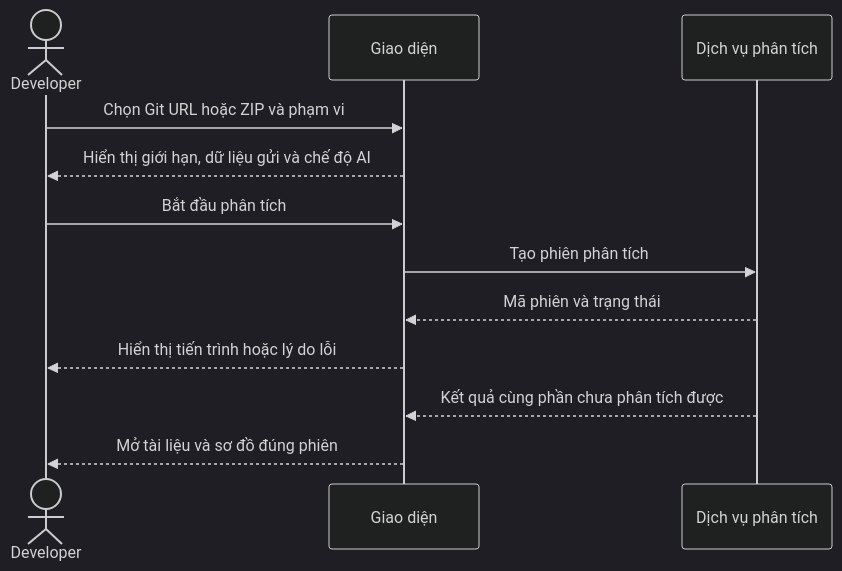
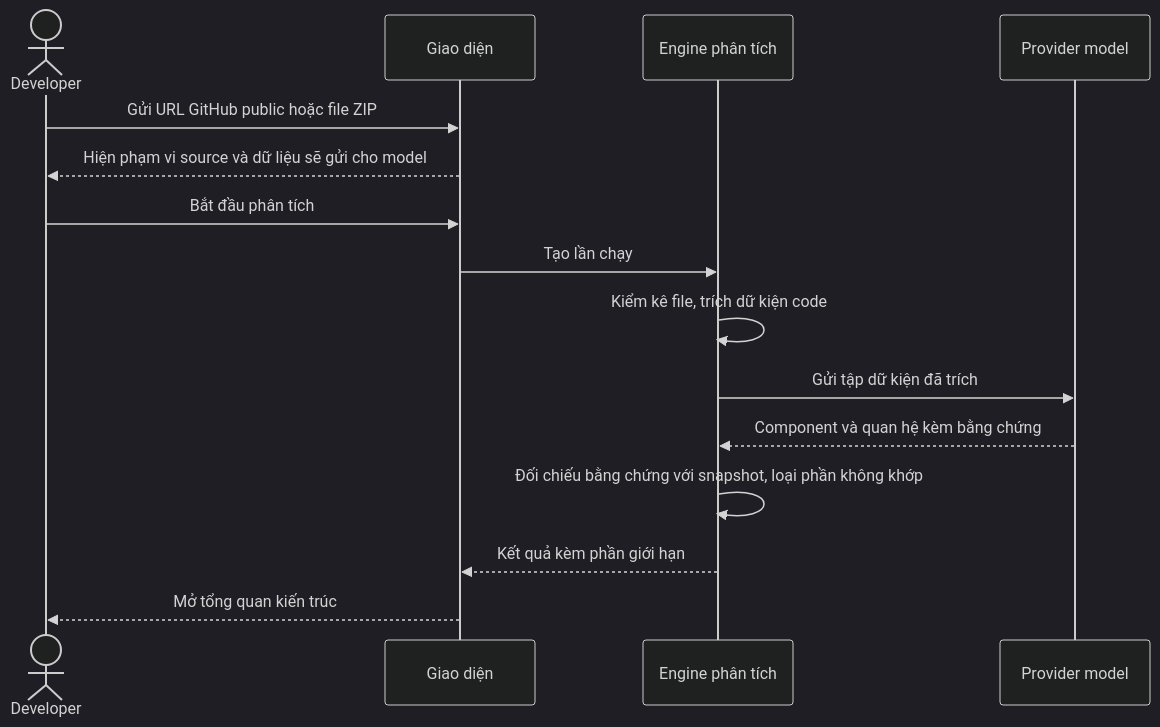
Before and after one commit to nchoang1004/l3-generator-fr029: the first of 3 diagrams in .aide/product/prd/PRD-L3GEN-2609-001.md, drawn with Mermaid (dark theme). The commit also changed other lines of this file, not shown here.

First line of the commit message:
prd: viết lại mục I đến IX cho revision 24

````diff
--- a/.aide/product/prd/PRD-L3GEN-2609-001.md
+++ b/.aide/product/prd/PRD-L3GEN-2609-001.md
@@ -317,14 +258,17 @@
 ```mermaid
 sequenceDiagram
     actor User as Developer
     participant Web as Giao diện
-    participant Tool as Dịch vụ phân tích
-    User->>Web: Chọn Git URL hoặc ZIP và phạm vi
-    Web-->>User: Hiển thị giới hạn, dữ liệu gửi và chế độ AI
+    participant Engine as Engine phân tích
+    participant Model as Provider model
+    User->>Web: Gửi URL GitHub public hoặc file ZIP
+    Web-->>User: Hiện phạm vi source và dữ liệu sẽ gửi cho model
     User->>Web: Bắt đầu phân tích
-    Web->>Tool: Tạo phiên phân tích
-    Tool-->>Web: Mã phiên và trạng thái
-    Web-->>User: Hiển thị tiến trình hoặc lý do lỗi
-    Tool-->>Web: Kết quả cùng phần chưa phân tích được
-    Web-->>User: Mở tài liệu và sơ đồ đúng phiên
+    Web->>Engine: Tạo lần chạy
+    Engine->>Engine: Kiểm kê file, trích dữ kiện code
+    Engine->>Model: Gửi tập dữ kiện đã trích
+    Model-->>Engine: Component và quan hệ kèm bằng chứng
+    Engine->>Engine: Đối chiếu bằng chứng với snapshot, loại phần không khớp
+    Engine-->>Web: Kết quả kèm phần giới hạn
+    Web-->>User: Mở tổng quan kiến trúc
 ```
````
